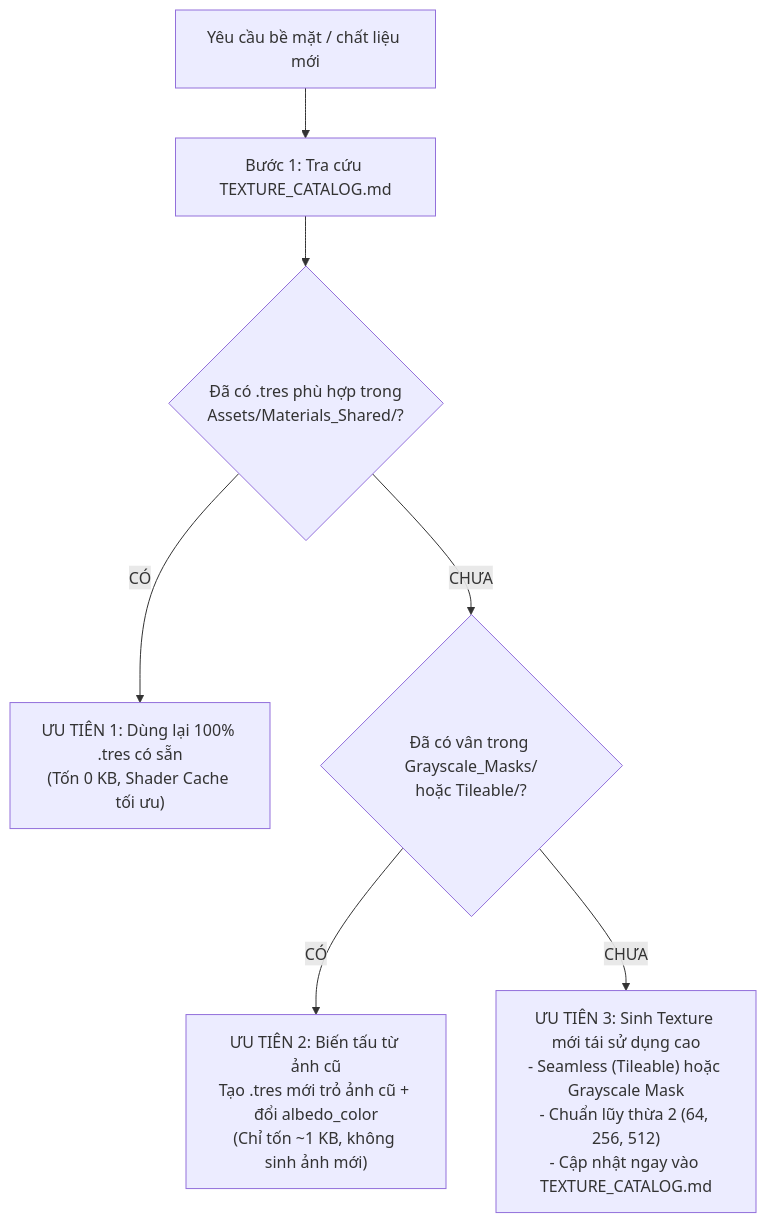
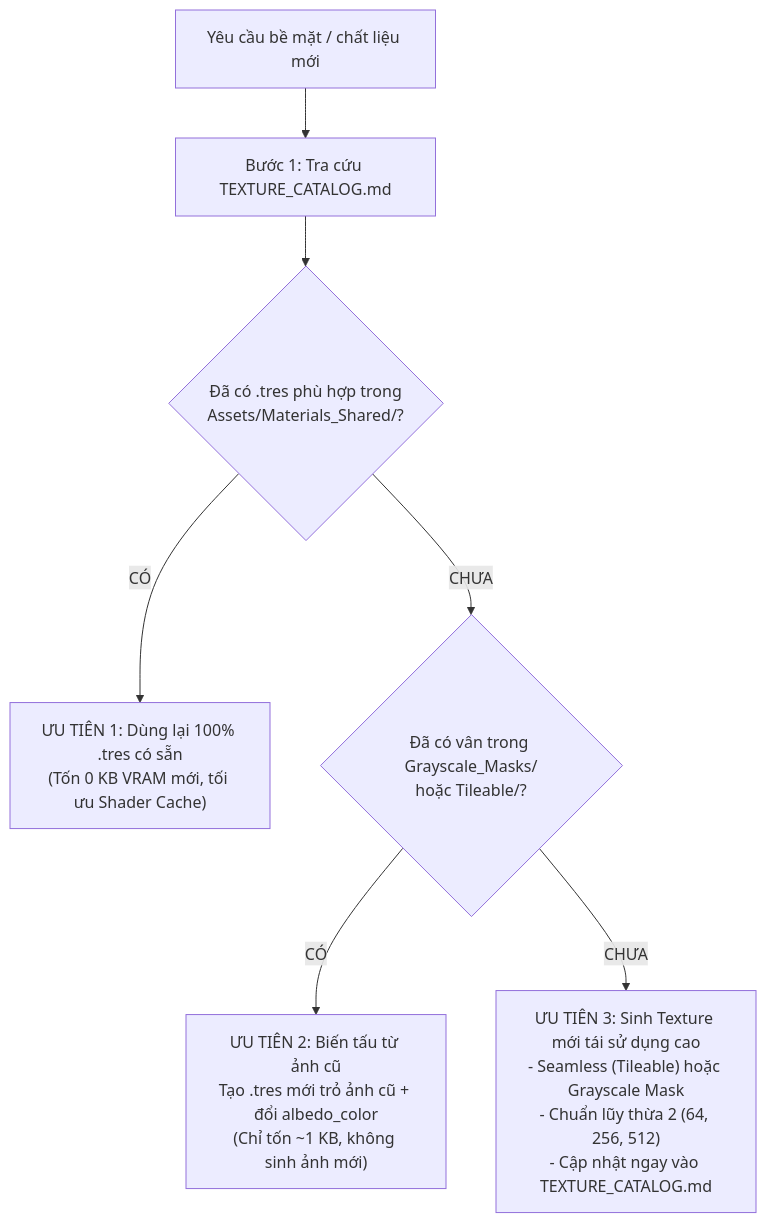
One commit to namsoaica/gamexnhau changed the diagram in .agents/skills/texture-architect/SKILL.md. Above: the diagram before and after it, drawn with Mermaid. The commit also changed other lines of this file and 8 other files, not shown here.

````diff
--- a/.agents/skills/texture-architect/SKILL.md
+++ b/.agents/skills/texture-architect/SKILL.md
@@ -20,9 +21,9 @@
 ```mermaid
 flowchart TD
     Start["Yêu cầu bề mặt / chất liệu mới"] --> Step1["Bước 1: Tra cứu TEXTURE_CATALOG.md"]
     Step1 --> Check1{"Đã có .tres phù hợp trong<br>Assets/Materials_Shared/?"}
-    Check1 -- "CÓ" --> Reuse["ƯU TIÊN 1: Dùng lại 100% .tres có sẵn<br>(Tốn 0 KB, Shader Cache tối ưu)"]
+    Check1 -- "CÓ" --> Reuse["ƯU TIÊN 1: Dùng lại 100% .tres có sẵn<br>(Tốn 0 KB VRAM mới, tối ưu Shader Cache)"]
     Check1 -- "CHƯA" --> Check2{"Đã có vân trong Grayscale_Masks/<br>hoặc Tileable/?"}
     Check2 -- "CÓ" --> MaskVariant["ƯU TIÊN 2: Biến tấu từ ảnh cũ<br>Tạo .tres mới trỏ ảnh cũ + đổi albedo_color<br>(Chỉ tốn ~1 KB, không sinh ảnh mới)"]
     Check2 -- "CHƯA" --> CreateNew["ƯU TIÊN 3: Sinh Texture mới tái sử dụng cao<br>- Seamless (Tileable) hoặc Grayscale Mask<br>- Chuẩn lũy thừa 2 (64, 256, 512)<br>- Cập nhật ngay vào TEXTURE_CATALOG.md"]
 ```
````
